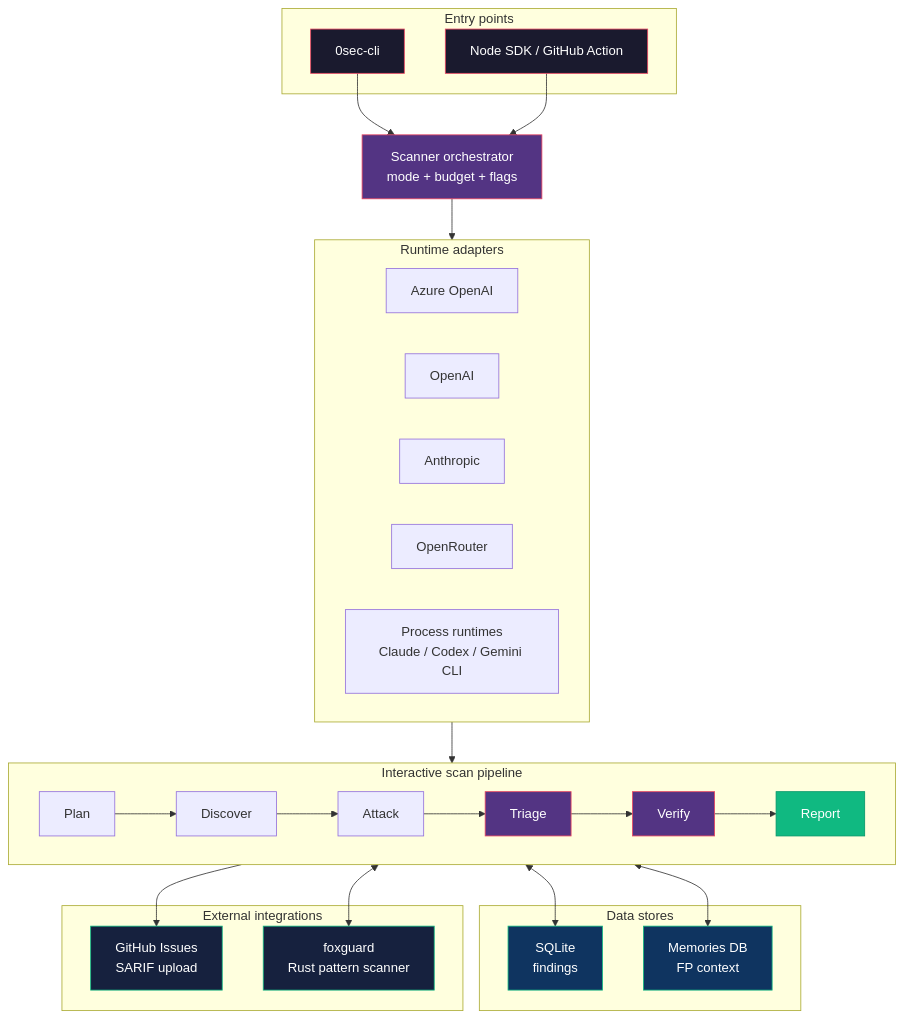
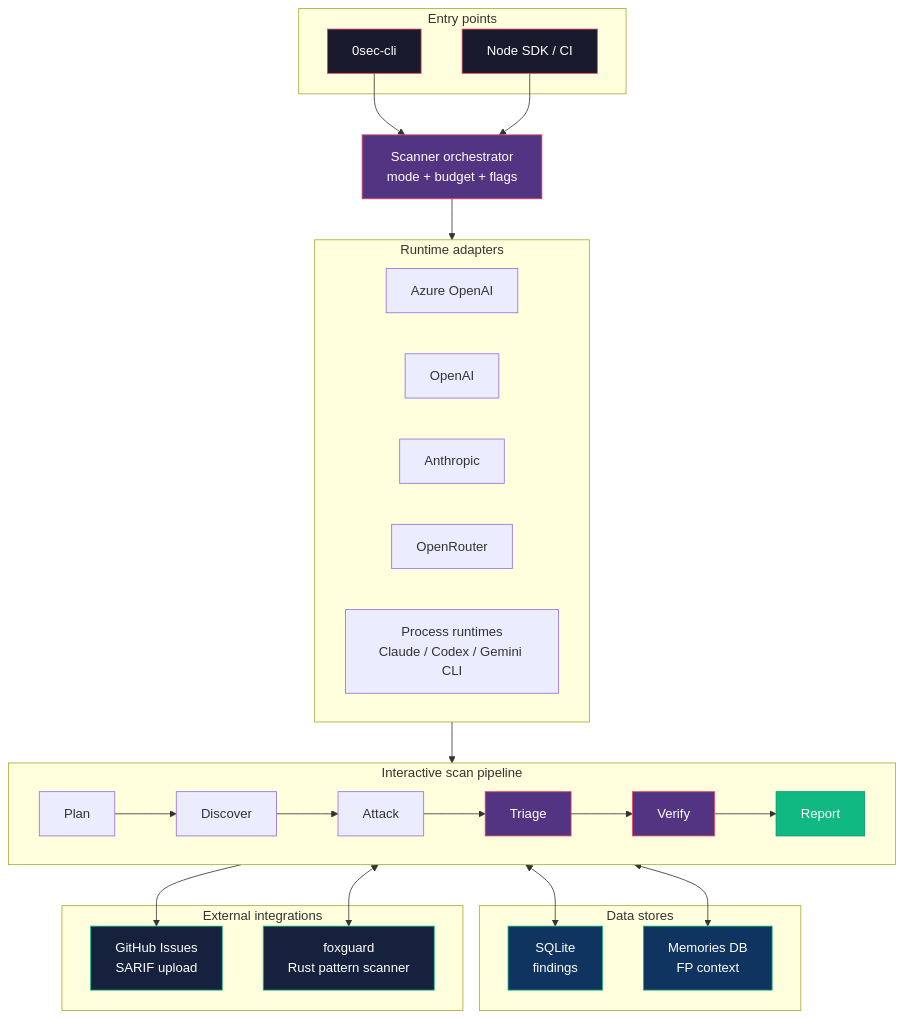
One commit to 0sec-labs/0sec changed the second of 2 diagrams in docs/src/content/docs/architecture.md. Above: the diagram before and after it, drawn with Mermaid. The commit also changed other lines of this file and 61 other files, not shown here.

````diff
--- a/docs/src/content/docs/architecture.md
+++ b/docs/src/content/docs/architecture.md
@@ -157,52 +138,52 @@
 ```mermaid
 flowchart TB
     subgraph Entry[Entry points]
         CLI[0sec-cli]
-        API[Node SDK / GitHub Action]
+        API[Node SDK / CI]
     end
 
     subgraph Runtimes[Runtime adapters]
         AZ[Azure OpenAI]
         OAI[OpenAI]
         ANT[Anthropic]
         OR[OpenRouter]
         PROC["Process runtimes\nClaude / Codex / Gemini CLI"]
     end
 
     ORCH["Scanner orchestrator\nmode + budget + flags"]
 
     subgraph Pipeline[Interactive scan pipeline]
         direction LR
         P1[Plan] --> P2[Discover] --> P3[Attack] --> P4[Triage] --> P5[Verify] --> P6[Report]
     end
 
     subgraph Stores[Data stores]
         FDB["SQLite\nfindings"]
         MDB["Memories DB\nFP context"]
     end
 
     subgraph Ext[External integrations]
         GH["GitHub Issues\nSARIF upload"]
         FX["foxguard\nRust pattern scanner"]
     end
 
     CLI --> ORCH
     API --> ORCH
     ORCH --> Runtimes
     Runtimes --> Pipeline
     Pipeline <--> FDB
     P4 <--> MDB
     P4 <--> FX
     P6 --> GH
 
     style CLI fill:#1a1a2e,stroke:#e94560,color:#fff
     style API fill:#1a1a2e,stroke:#e94560,color:#fff
     style ORCH fill:#533483,stroke:#e94560,color:#fff
     style P4 fill:#533483,stroke:#e94560,color:#fff
     style P5 fill:#533483,stroke:#e94560,color:#fff
     style P6 fill:#10b981,stroke:#059669,color:#fff
     style FDB fill:#0f3460,stroke:#10b981,color:#fff
     style MDB fill:#0f3460,stroke:#10b981,color:#fff
     style GH fill:#16213e,stroke:#10b981,color:#fff
     style FX fill:#16213e,stroke:#10b981,color:#fff
 ```
````
